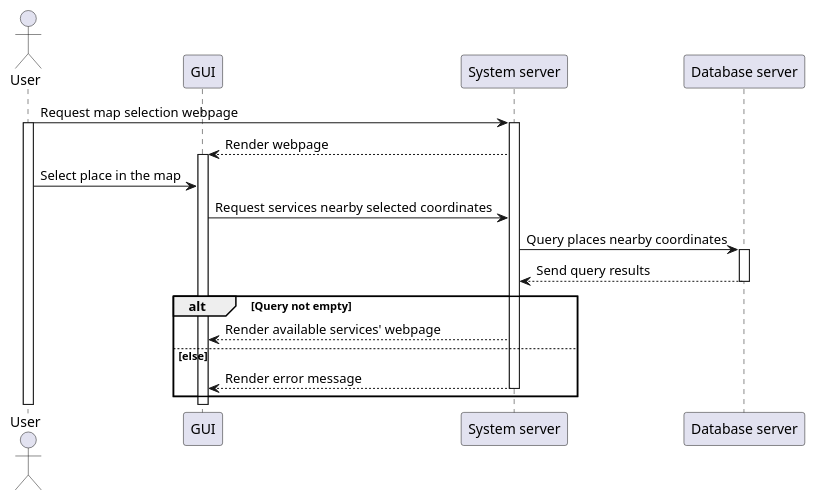
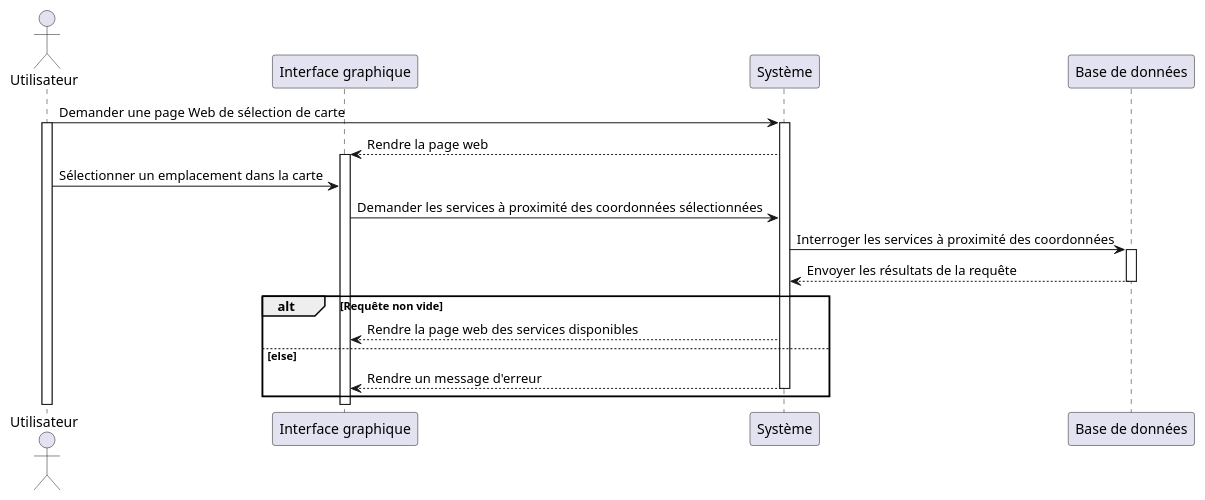
One commit to techguyseli/touristy changed the second of 6 diagrams in rapport/uml/plantuml/sequence.pu. Above: the diagram before and after it, drawn with PlantUML. The commit also changed other lines of this file and 10 other files, not shown here.

Commit message:
fixed all uml

```diff
--- a/rapport/uml/plantuml/sequence.pu
+++ b/rapport/uml/plantuml/sequence.pu
@@ -26,23 +26,23 @@
 @startuml map_nearby_seq
-actor User as usr
-participant "GUI" as fr
-participant "System server" as sys
-participant "Database server" as db
-usr -> sys : Request map selection webpage
+actor Utilisateur as usr
+participant "Interface graphique" as fr
+participant "Système" as sys
+participant "Base de données" as db
+usr -> sys : Demander une page Web de sélection de carte
 activate usr
 activate sys
-sys --> fr : Render webpage 
+sys --> fr : Rendre la page web 
 activate fr
-usr -> fr : Select place in the map
-fr -> sys : Request services nearby selected coordinates
-sys -> db : Query places nearby coordinates
+usr -> fr : Sélectionner un emplacement dans la carte
+fr -> sys : Demander les services à proximité des coordonnées sélectionnées
+sys -> db : Interroger les services à proximité des coordonnées
 activate db
-db --> sys : Send query results
+db --> sys : Envoyer les résultats de la requête
 deactivate db
-alt Query not empty
-    sys --> fr : Render available services' webpage
+alt Requête non vide
+    sys --> fr : Rendre la page web des services disponibles
 else else
-    sys --> fr : Render error message
+    sys --> fr : Rendre un message d'erreur
     deactivate sys
 end
 @enduml
```
